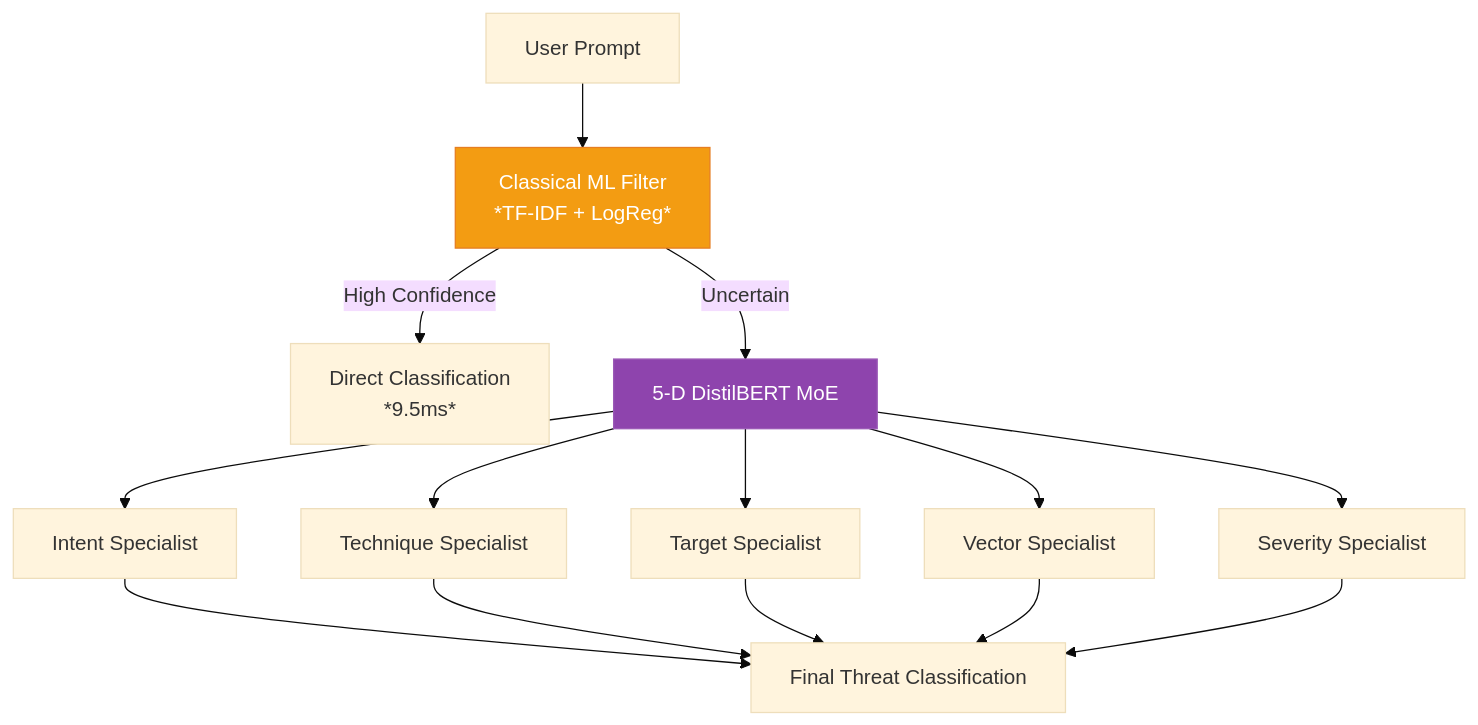
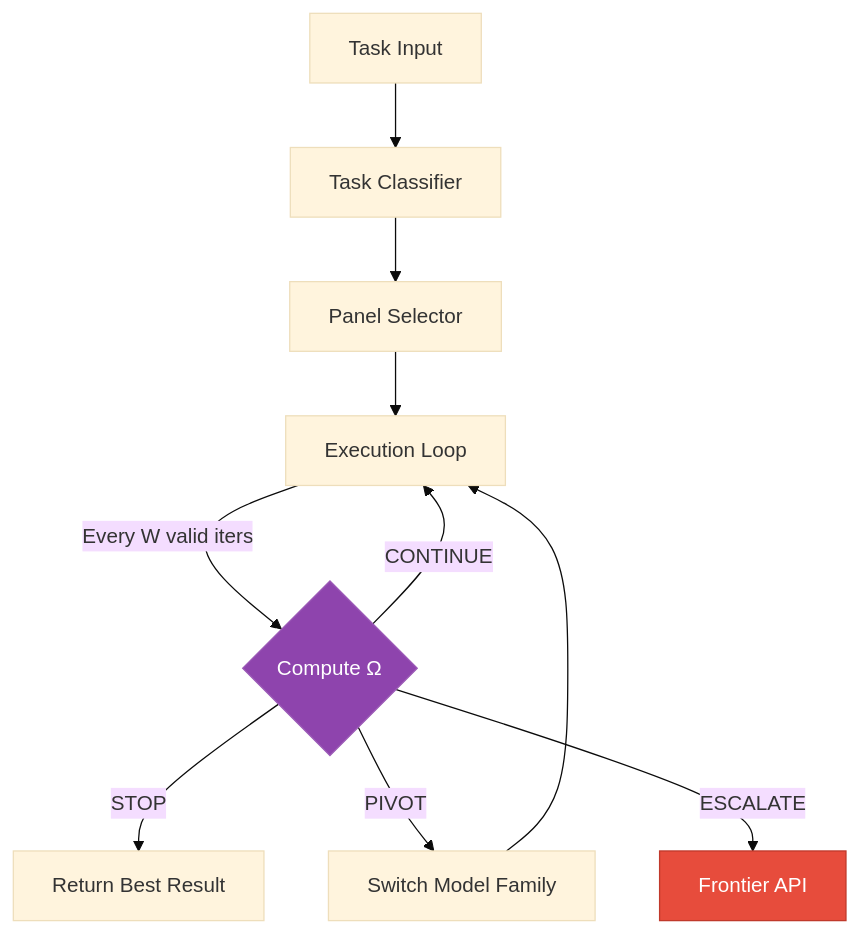
The fourth of 4 diagrams in README.md (m4vic/AEOS), drawn with Mermaid (base theme) before and after one commit. The commit also changed other lines of this file and 8 other files, not shown here.

````diff
--- a/README.md
+++ b/README.md
@@ -78,18 +262,14 @@
 ```mermaid
 flowchart TD
-    I[User Prompt] --> ML[Classical ML Filter <br> *TF-IDF + LogReg*]
-    
-    ML -->|High Confidence| D1[Direct Classification <br> *9.5ms*]
-    ML -->|Uncertain| MoE[5-D DistilBERT MoE]
-    
-    MoE --> S1[Intent Specialist]
-    MoE --> S2[Technique Specialist]
-    MoE --> S3[Target Specialist]
-    MoE --> S4[Vector Specialist]
-    MoE --> S5[Severity Specialist]
-    
-    S1 & S2 & S3 & S4 & S5 --> F[Final Threat Classification]
-    
-    style ML fill:#f39c12,stroke:#e67e22,color:#fff
-    style MoE fill:#8e44ad,stroke:#9b59b6,color:#fff
+    T[Task Input] --> TC[Task Classifier]
+    TC --> PS[Panel Selector]
+    PS --> EL[Execution Loop]
+    EL -->|Every W valid iters| O{Compute Ω}
+    O -->|CONTINUE| EL
+    O -->|STOP| R[Return Best Result]
+    O -->|PIVOT| SW[Switch Model Family]
+    O -->|ESCALATE| API[Frontier API]
+    SW --> EL
+    style O fill:#8e44ad,stroke:#9b59b6,color:#fff
+    style API fill:#e74c3c,stroke:#c0392b,color:#fff
 ```
````
